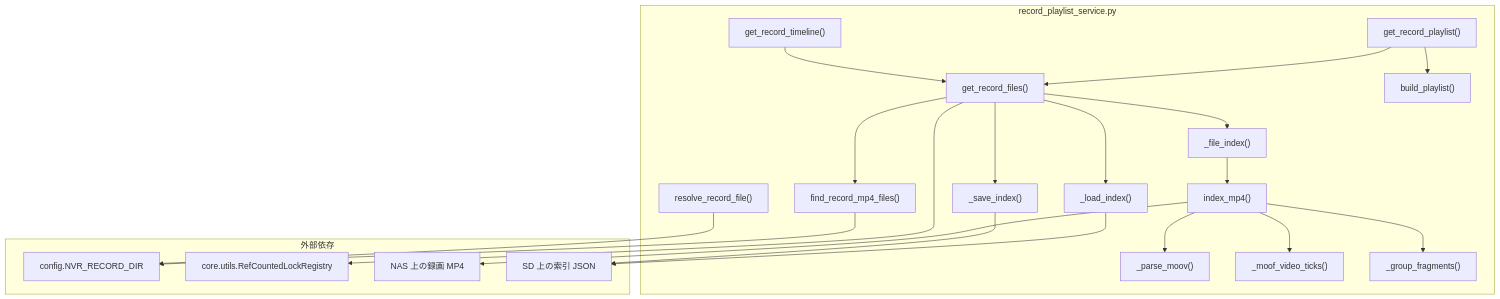
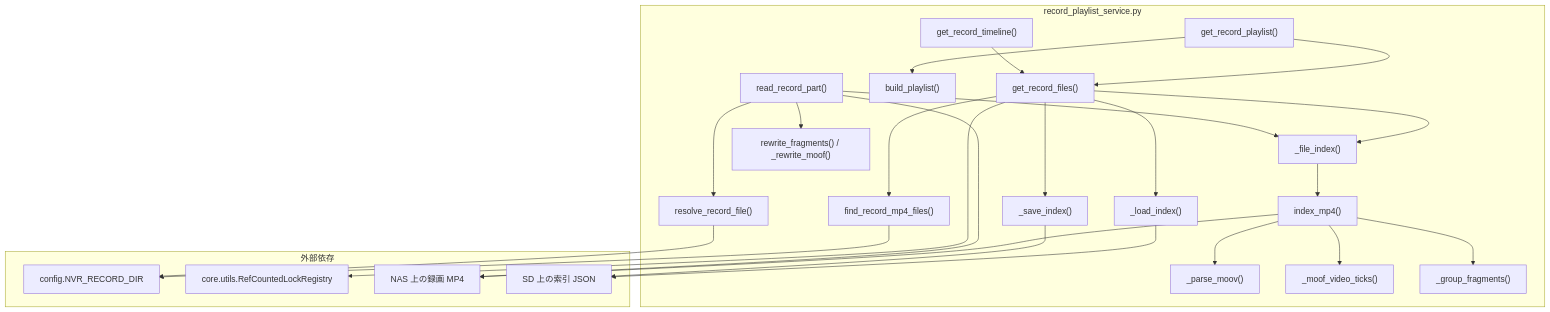
The second of 2 diagrams in docs/specifications/MY_HOME_SYSTEM/record_playlist_service.md (mmtigers/my_python_project), drawn with Mermaid before and after one commit. The commit also changed other lines of this file and 5 other files, not shown here.

````diff
--- a/docs/specifications/MY_HOME_SYSTEM/record_playlist_service.md
+++ b/docs/specifications/MY_HOME_SYSTEM/record_playlist_service.md
@@ -208,41 +227,47 @@
 ```mermaid
 graph TD
     subgraph "record_playlist_service.py"
         get_record_playlist["get_record_playlist()"]
         get_record_timeline["get_record_timeline()"]
         get_record_files["get_record_files()"]
         build_playlist["build_playlist()"]
         index_mp4["index_mp4()"]
         parse_moov["_parse_moov()"]
         moof_ticks["_moof_video_ticks()"]
         group["_group_fragments()"]
         file_index["_file_index()"]
         save_index["_save_index()"]
         load_index["_load_index()"]
         find_files["find_record_mp4_files()"]
         resolve["resolve_record_file()"]
+        read_part["read_record_part()"]
+        rewrite["rewrite_fragments() / _rewrite_moof()"]
     end
     subgraph "外部依存"
         config["config.NVR_RECORD_DIR"]
         locks["core.utils.RefCountedLockRegistry"]
         nas["NAS 上の録画 MP4"]
         sd["SD 上の索引 JSON"]
     end
     get_record_playlist --> get_record_files
     get_record_playlist --> build_playlist
     get_record_timeline --> get_record_files
     get_record_files --> find_files
     get_record_files --> locks
     get_record_files --> load_index
     get_record_files --> file_index
     get_record_files --> save_index
     file_index --> index_mp4
     index_mp4 --> parse_moov
     index_mp4 --> moof_ticks
     index_mp4 --> group
     index_mp4 --> nas
     find_files --> config
     resolve --> config
+    read_part --> resolve
+    read_part --> file_index
+    read_part --> rewrite
+    read_part --> nas
     load_index --> sd
     save_index --> sd
 ```
````
